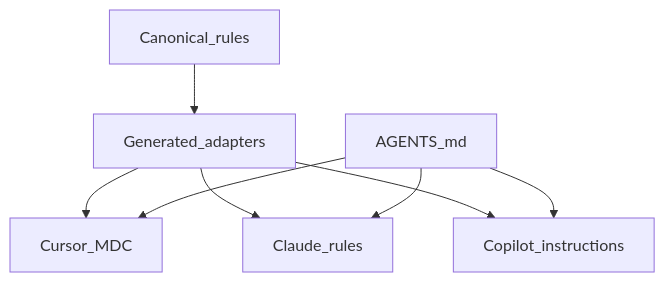
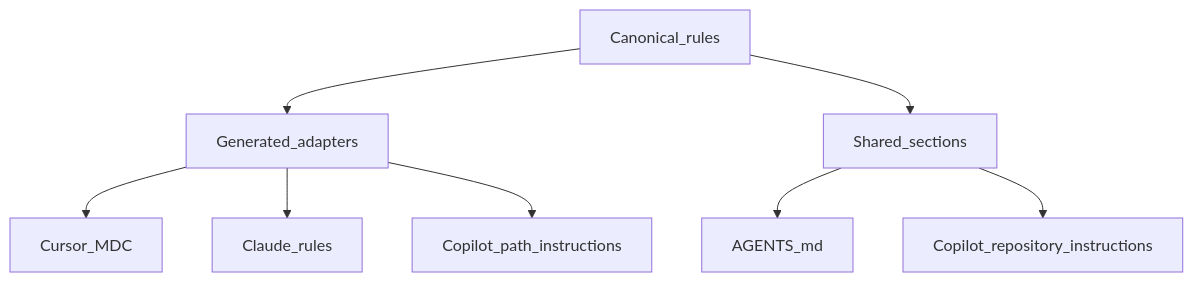
The diagram in README.md (iam74k4/ai-agent-config), drawn with Mermaid before and after one commit. The commit also changed other lines of this file and 3 other files, not shown here.

````diff
--- a/README.md
+++ b/README.md
@@ -52,10 +59,10 @@
 ```mermaid
 flowchart TD
-  canonical[Canonical_rules] --> generated[Generated_adapters]
-  generated --> cursor[Cursor_MDC]
-  generated --> claude[Claude_rules]
-  generated --> copilot[Copilot_instructions]
-  common[AGENTS_md] --> cursor
-  common --> claude
-  common --> copilot
+  canonical[Canonical_rules] --> adapters[Generated_adapters]
+  canonical --> shared[Shared_sections]
+  adapters --> cursor[Cursor_MDC]
+  adapters --> claude[Claude_rules]
+  adapters --> copilot[Copilot_path_instructions]
+  shared --> agents[AGENTS_md]
+  shared --> copilotdoc[Copilot_repository_instructions]
 ```
````
